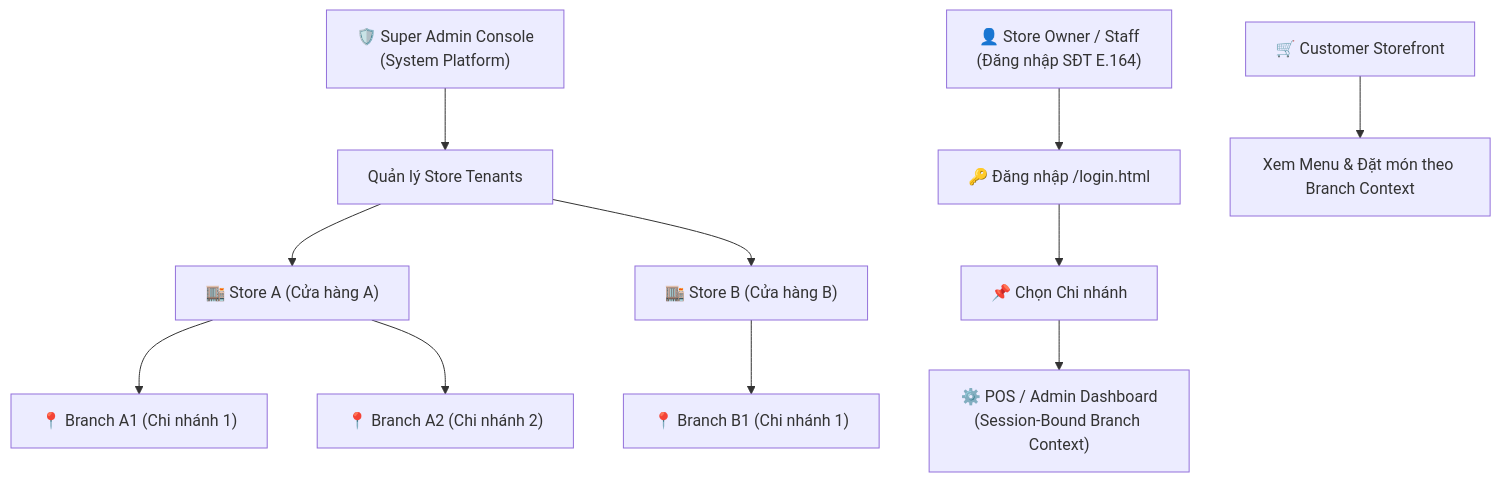
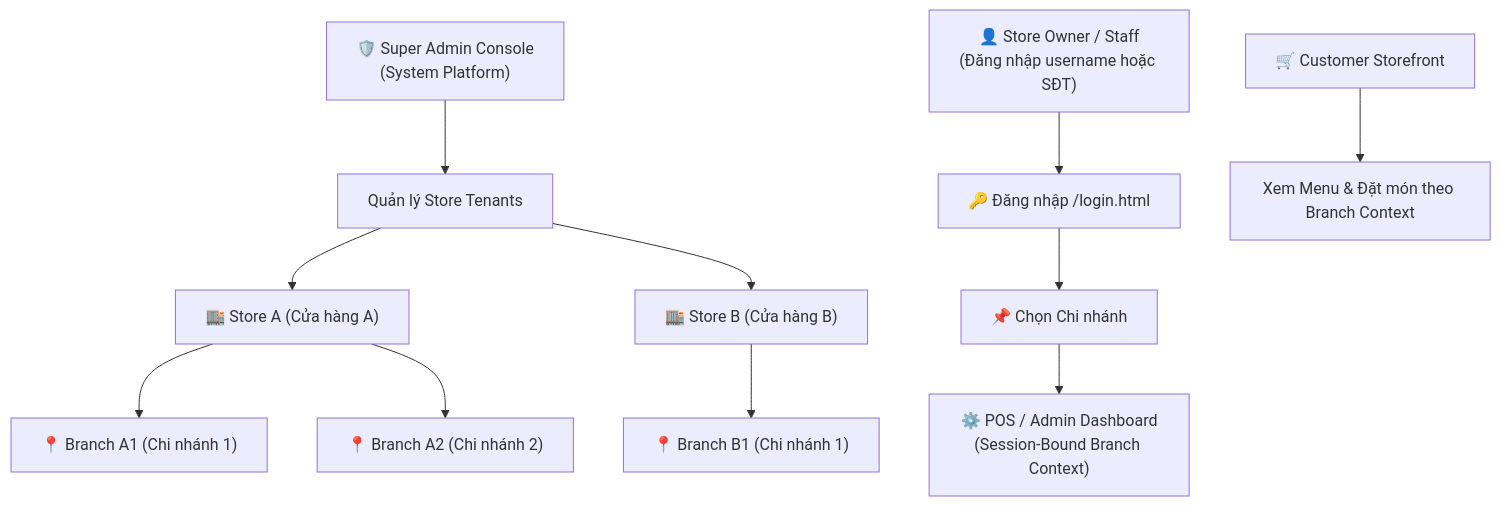
Before and after one commit to Ninh-Duong/food-order-bridge: the diagram in README.md, drawn with Mermaid. The commit also changed other lines of this file and 6 other files, not shown here.

Commit message:
feat: Enhance login functionality to support username and phone authentication for staff

````diff
--- a/README.md
+++ b/README.md
@@ -24,16 +24,16 @@
 ```mermaid
 flowchart TD
     SA["🛡️ Super Admin Console<br/>(System Platform)"] --> SM["Quản lý Store Tenants"]
     SM --> S1["🏬 Store A (Cửa hàng A)"]
     SM --> S2["🏬 Store B (Cửa hàng B)"]
 
     S1 --> B1["📍 Branch A1 (Chi nhánh 1)"]
     S1 --> B2["📍 Branch A2 (Chi nhánh 2)"]
     S2 --> B3["📍 Branch B1 (Chi nhánh 1)"]
 
-    O["👤 Store Owner / Staff<br/>(Đăng nhập SĐT E.164)"] --> LOGIN["🔑 Đăng nhập /login.html"]
+    O["👤 Store Owner / Staff<br/>(Đăng nhập username hoặc SĐT)"] --> LOGIN["🔑 Đăng nhập /login.html"]
     LOGIN --> SELECT["📌 Chọn Chi nhánh"]
     SELECT --> POS["⚙️ POS / Admin Dashboard<br/>(Session-Bound Branch Context)"]
 
     C["🛒 Customer Storefront"] --> MENU["Xem Menu & Đặt món theo Branch Context"]
 ```
````
